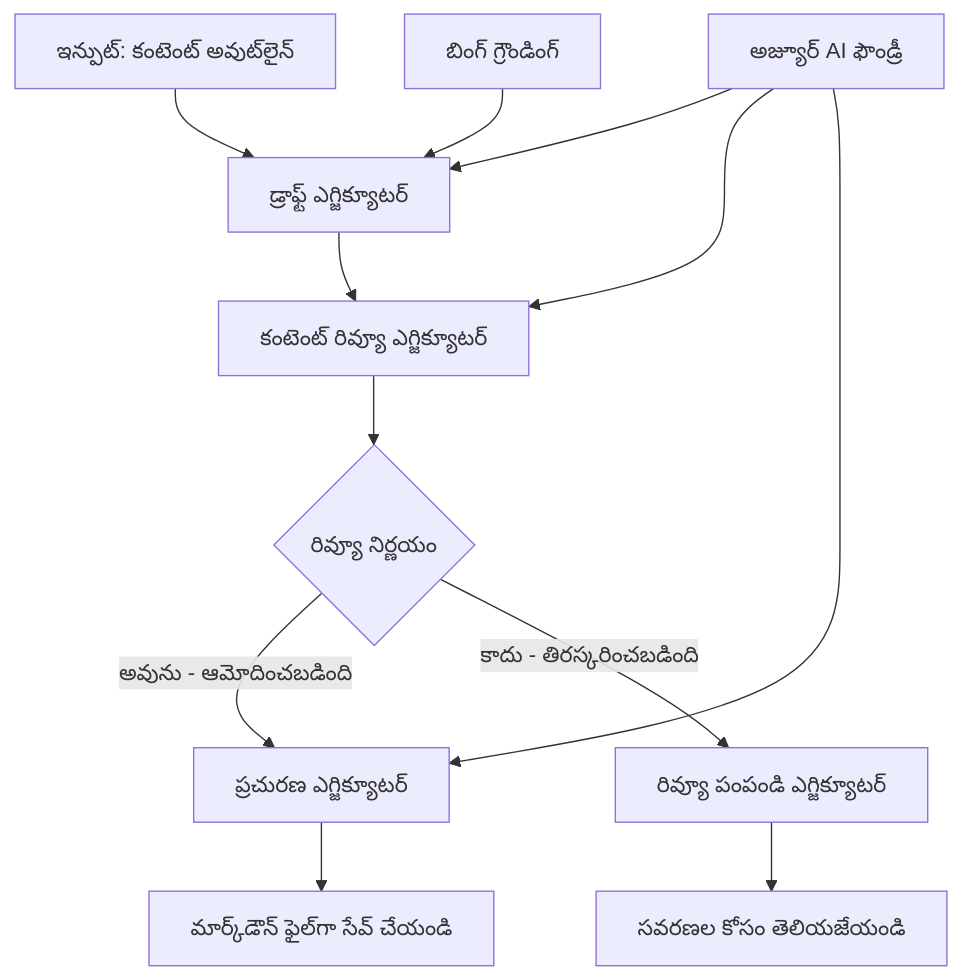
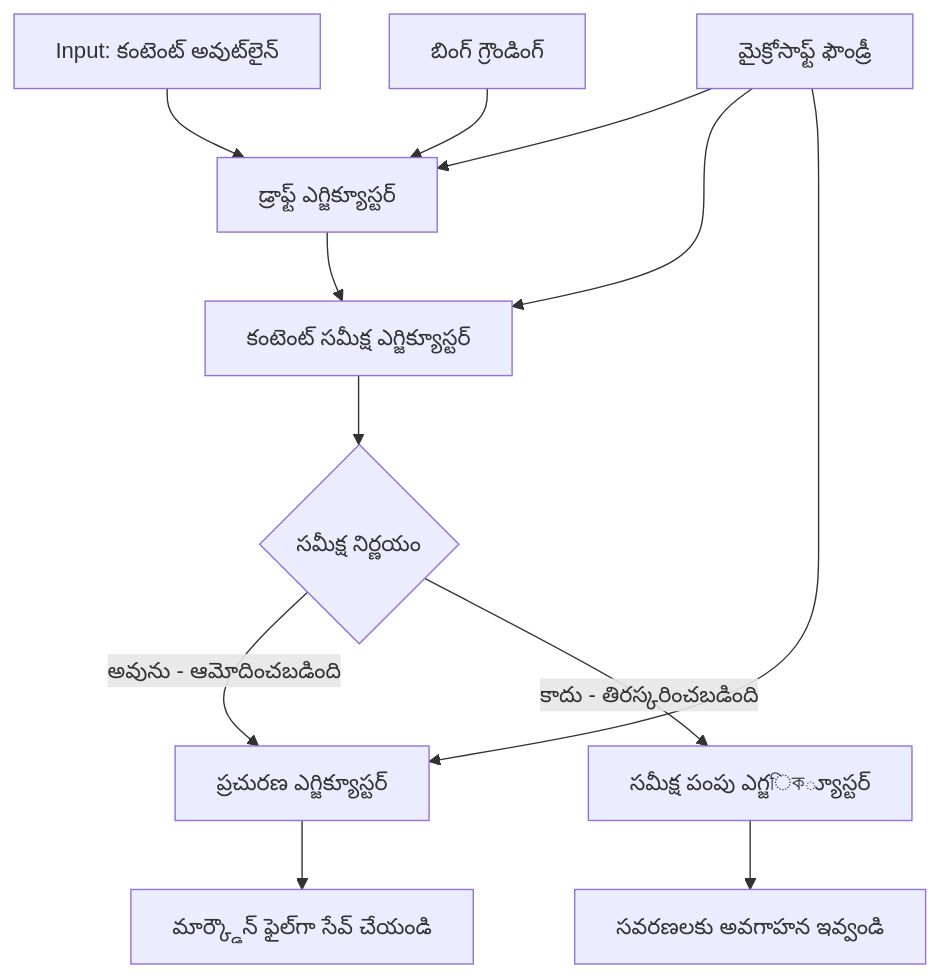
Before and after one commit to microsoft/ai-agents-for-beginners: the diagram in translations/te/08-multi-agent/code_samples/workflows-agent-framework/dotNET/04.dotnet-agent-framework-workflow-aifoundry-condition.md, drawn with Mermaid. The commit also changed other lines of this file and 224 other files, not shown here.

````diff
--- a/translations/te/08-multi-agent/code_samples/workflows-agent-framework/dotNET/04.dotnet-agent-framework-workflow-aifoundry-condition.md
+++ b/translations/te/08-multi-agent/code_samples/workflows-agent-framework/dotNET/04.dotnet-agent-framework-workflow-aifoundry-condition.md
@@ -78,18 +78,18 @@
 ```mermaid
 graph TD
-    A[ఇన్పుట్: కంటెంట్ అవుట్‌లైన్] --> B[డ్రాఫ్ట్ ఎగ్జిక్యూటర్]
-    B --> C[కంటెంట్ రివ్యూ ఎగ్జిక్యూటర్]
-    C --> D{రివ్యూ నిర్ణయం}
+    A[Input: కంటెంట్ అవుట్‌లైన్] --> B[డ్రాఫ్ట్ ఎగ్జిక్యూస్టర్]
+    B --> C[కంటెంట్ సమీక్ష ఎగ్జిక్యూస్టర్]
+    C --> D{సమీక్ష నిర్ణయం}
     
-    D -->|అవును - ఆమోదించబడింది| E[ప్రచురణ ఎగ్జిక్యూటర్]
-    D -->|కాదు - తిరస్కరించబడింది| F[రివ్యూ పంపండి ఎగ్జిక్యూటర్]
+    D -->|అవును - ఆమోదించబడింది| E[ప్రచురణ ఎగ్జిక్యూస్టర్]
+    D -->|కాదు - తిరస్కరించబడింది| F[సమీక్ష పంపు ఎగ్జিক్యూస్టర్]
     
-    E --> G[మార్క్‌డౌన్ ఫైల్‌గా సేవ్ చేయండి]
-    F --> H[సవరణల కోసం తెలియజేయండి]
+    E --> G[మార్క్డౌన్ ఫైల్‌గా సేవ్ చేయండి]
+    F --> H[సవరణలకు అవగాహన ఇవ్వండి]
     
-    I[అజ్యూర్ AI ఫౌండ్రీ] --> B
+    I[మైక్రోసాఫ్ట్ ఫౌండ్రీ] --> B
     I --> C
     I --> E
     
     J[బింగ్ గ్రౌండింగ్] --> B
 ```
````
